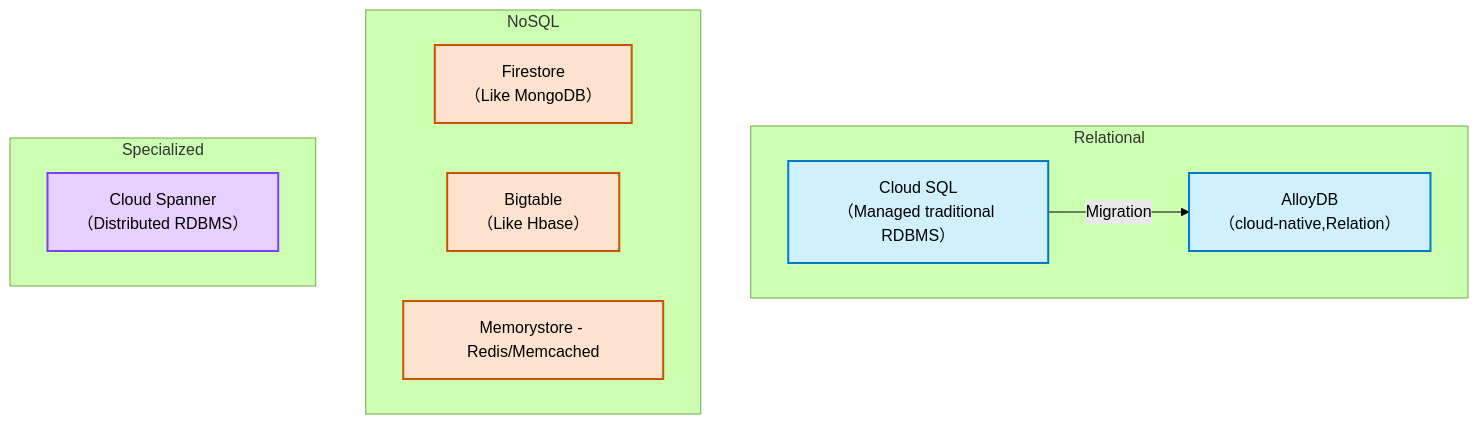
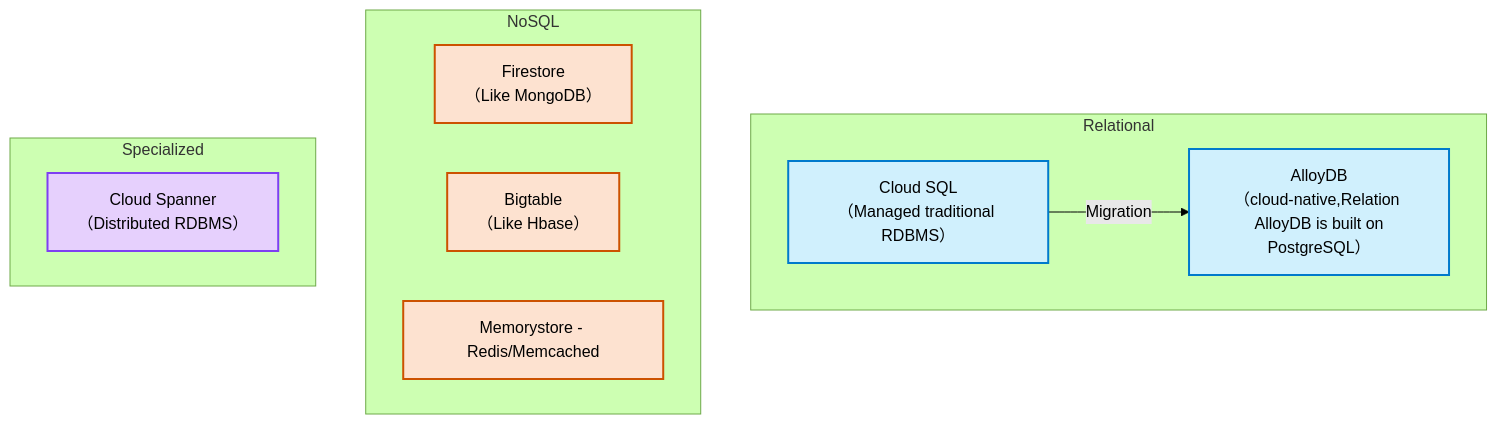
Before and after one commit to blaire101/DE2-AWS-Azure-GCP-2025: the second of 4 diagrams in Cloud3-GCP-Notes.md, drawn with Mermaid (forest theme).

````diff
--- a/Cloud3-GCP-Notes.md
+++ b/Cloud3-GCP-Notes.md
@@ -171,31 +171,31 @@
 ```mermaid
 flowchart TB
     CloudSQL[Cloud SQL<br>（Managed traditional RDBMS）]:::relational
-    AlloyDB[AlloyDB<br>（cloud-native,Relation）]:::relational
+    AlloyDB[AlloyDB<br>（cloud-native,Relation <br> AlloyDB is built on PostgreSQL）]:::relational
     Firestore[Firestore<br>（Like MongoDB）]:::nosql
     Bigtable[Bigtable<br>（Like Hbase）]:::nosql
     Spanner[Cloud Spanner<br>（Distributed RDBMS）]:::special
     Memorystore[Memorystore - Redis/Memcached]:::nosql
 
     subgraph Relational
         CloudSQL
         AlloyDB
     end
 
     subgraph NoSQL
         Firestore
         Bigtable
         Memorystore
     end
 
     subgraph Specialized
         Spanner
     end
 
     CloudSQL -->|Migration| AlloyDB
 
     %% Styles
     classDef relational fill:#d0f0fd,stroke:#007acc,stroke-width:2px;
     classDef nosql fill:#fde2d0,stroke:#cc5200,stroke-width:2px;
     classDef special fill:#e6d0fd,stroke:#7e3ff2,stroke-width:2px;
 ```
````
